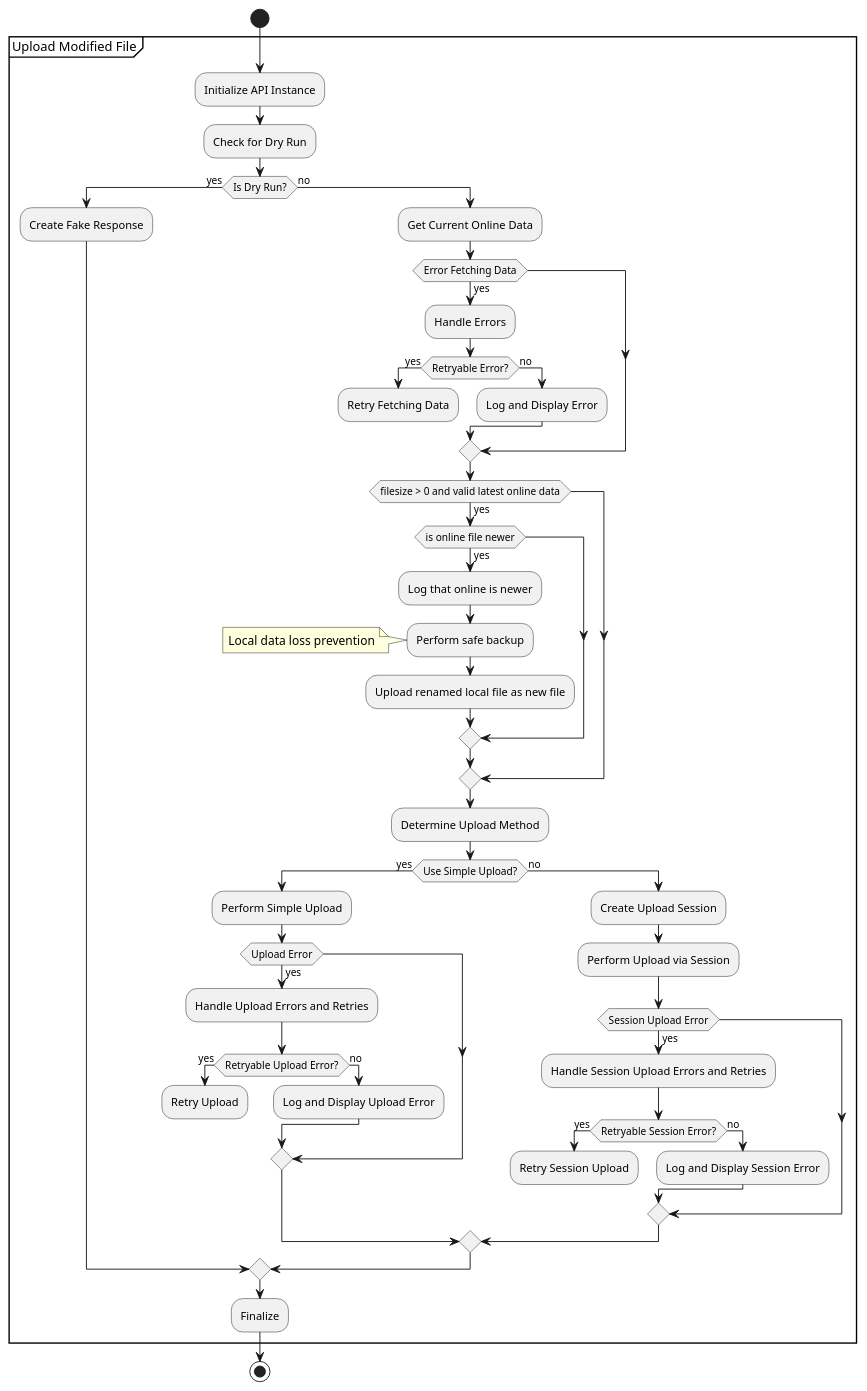
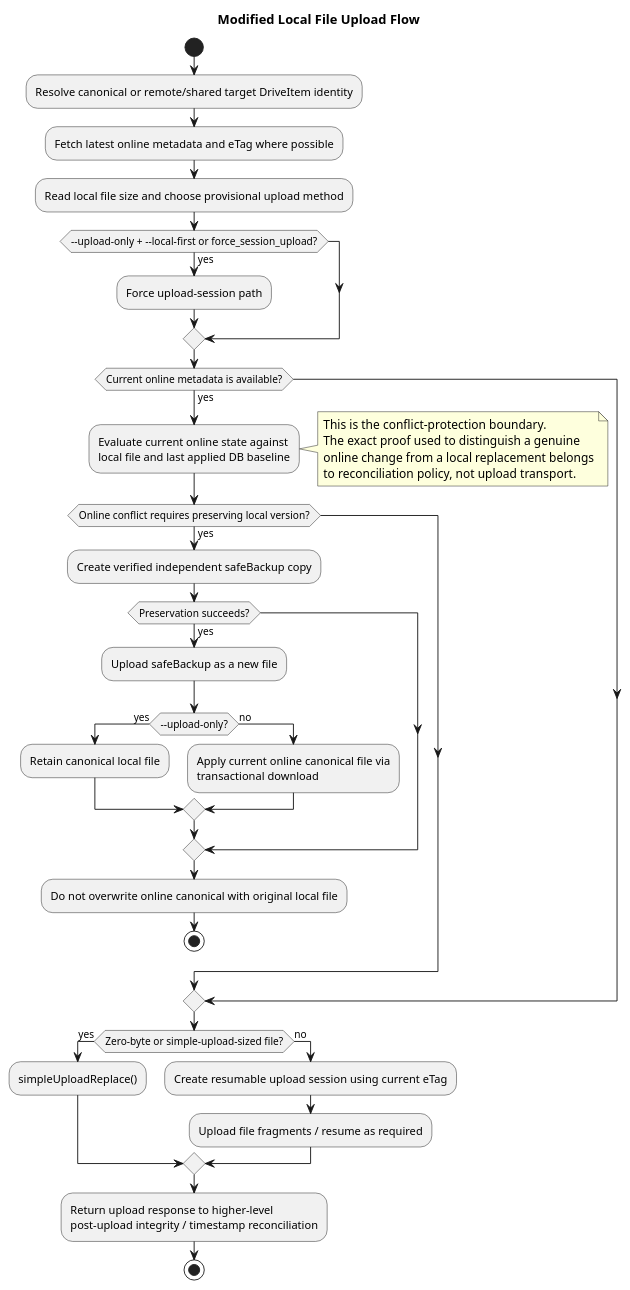
One commit to abraunegg/onedrive changed the diagram in docs/puml/uploadModifiedFile.puml. Above: the diagram before and after it, drawn with PlantUML. The commit also changed 45 other files, not shown here.

First line of the commit message:
Update architecture documentation

```diff
--- a/docs/puml/uploadModifiedFile.puml
+++ b/docs/puml/uploadModifiedFile.puml
@@ -1,56 +1,45 @@
 @startuml
+title Modified Local File Upload Flow
 start
-partition "Upload Modified File" {
-  :Initialize API Instance;
-  :Check for Dry Run;
-  if (Is Dry Run?) then (yes)
-    :Create Fake Response;
-  else (no)
-    :Get Current Online Data;
-    if (Error Fetching Data) then (yes)
-      :Handle Errors;
-      if (Retryable Error?) then (yes)
-        :Retry Fetching Data;
-        detach
+
+:Resolve canonical or remote/shared target DriveItem identity;
+:Fetch latest online metadata and eTag where possible;
+:Read local file size and choose provisional upload method;
+
+if (~--upload-only + ~--local-first or force_session_upload?) then (yes)
+  :Force upload-session path;
+endif
+
+if (Current online metadata is available?) then (yes)
+  :Evaluate current online state against\nlocal file and last applied DB baseline;
+  note right
+    This is the conflict-protection boundary.
+    The exact proof used to distinguish a genuine
+    online change from a local replacement belongs
+    to reconciliation policy, not upload transport.
+  end note
+  if (Online conflict requires preserving local version?) then (yes)
+    :Create verified independent safeBackup copy;
+    if (Preservation succeeds?) then (yes)
+      :Upload safeBackup as a new file;
+      if (~--upload-only?) then (yes)
+        :Retain canonical local file;
       else (no)
-        :Log and Display Error;
+        :Apply current online canonical file via\ntransactional download;
       endif
     endif
-    if (filesize > 0 and valid latest online data) then (yes)
-      if (is online file newer) then (yes)
-        :Log that online is newer; 
-        :Perform safe backup;
-        note left: Local data loss prevention
-        :Upload renamed local file as new file;
-      endif
-    endif
-    :Determine Upload Method;
-    if (Use Simple Upload?) then (yes)
-      :Perform Simple Upload;
-      if (Upload Error) then (yes)
-        :Handle Upload Errors and Retries;
-        if (Retryable Upload Error?) then (yes)
-          :Retry Upload;
-          detach
-        else (no)
-          :Log and Display Upload Error;
-        endif
-      endif
-    else (no)
-      :Create Upload Session;
-      :Perform Upload via Session;
-      if (Session Upload Error) then (yes)
-        :Handle Session Upload Errors and Retries;
-        if (Retryable Session Error?) then (yes)
-          :Retry Session Upload;
-          detach
-        else (no)
-          :Log and Display Session Error;
-        endif
-      endif
-    endif
+    :Do not overwrite online canonical with original local file;
+    stop
   endif
-  :Finalize;
-}
+endif
+
+if (Zero-byte or simple-upload-sized file?) then (yes)
+  :simpleUploadReplace();
+else (no)
+  :Create resumable upload session using current eTag;
+  :Upload file fragments / resume as required;
+endif
+
+:Return upload response to higher-level\npost-upload integrity / timestamp reconciliation;
 stop
 @enduml
```
